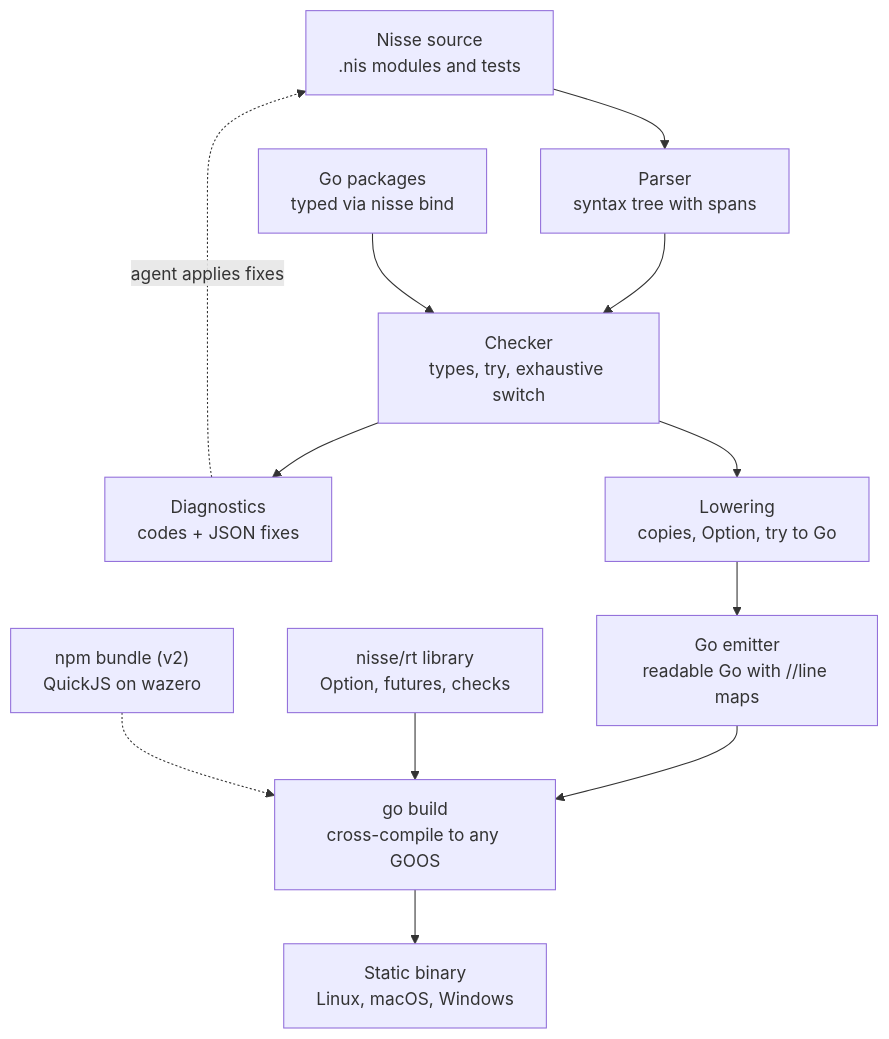
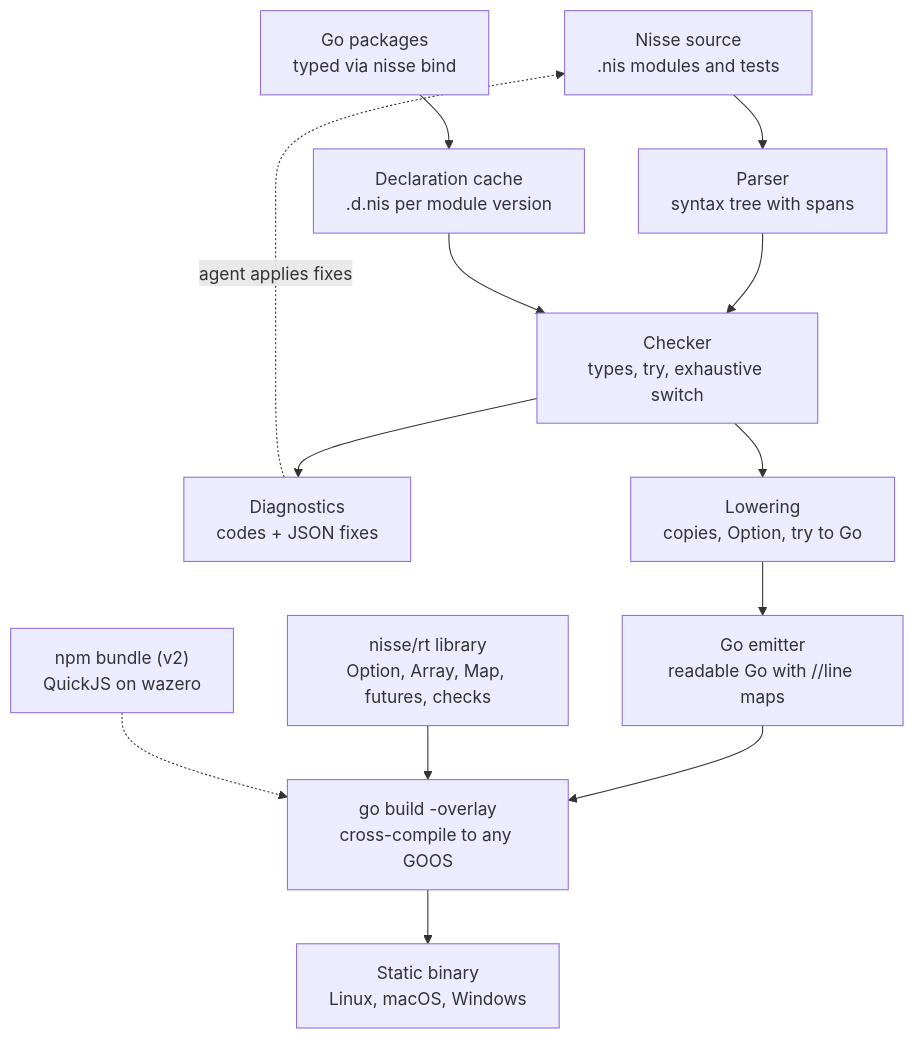
Before and after one commit to howlerops/nisse: the diagram in docs/PRD.md, drawn with Mermaid. The commit also changed other lines of this file and 13 other files, not shown here.

````diff
--- a/docs/PRD.md
+++ b/docs/PRD.md
@@ -124,14 +237,15 @@
 ```mermaid
 flowchart TB
     src["Nisse source<br/>.nis modules and tests"] --> parser["Parser<br/>syntax tree with spans"]
     parser --> checker["Checker<br/>types, try, exhaustive switch"]
-    gopkg["Go packages<br/>typed via nisse bind"] --> checker
+    gopkg["Go packages<br/>typed via nisse bind"] --> cache["Declaration cache<br/>.d.nis per module version"]
+    cache --> checker
     checker --> diag["Diagnostics<br/>codes + JSON fixes"]
     diag -. "agent applies fixes" .-> src
     checker --> lower["Lowering<br/>copies, Option, try to Go"]
     lower --> emit["Go emitter<br/>readable Go with //line maps"]
-    emit --> build["go build<br/>cross-compile to any GOOS"]
-    rt["nisse/rt library<br/>Option, futures, checks"] --> build
+    emit --> build["go build -overlay<br/>cross-compile to any GOOS"]
+    rt["nisse/rt library<br/>Option, Array, Map, futures, checks"] --> build
     npm["npm bundle (v2)<br/>QuickJS on wazero"] -.-> build
     build --> bin["Static binary<br/>Linux, macOS, Windows"]
 ```
````
